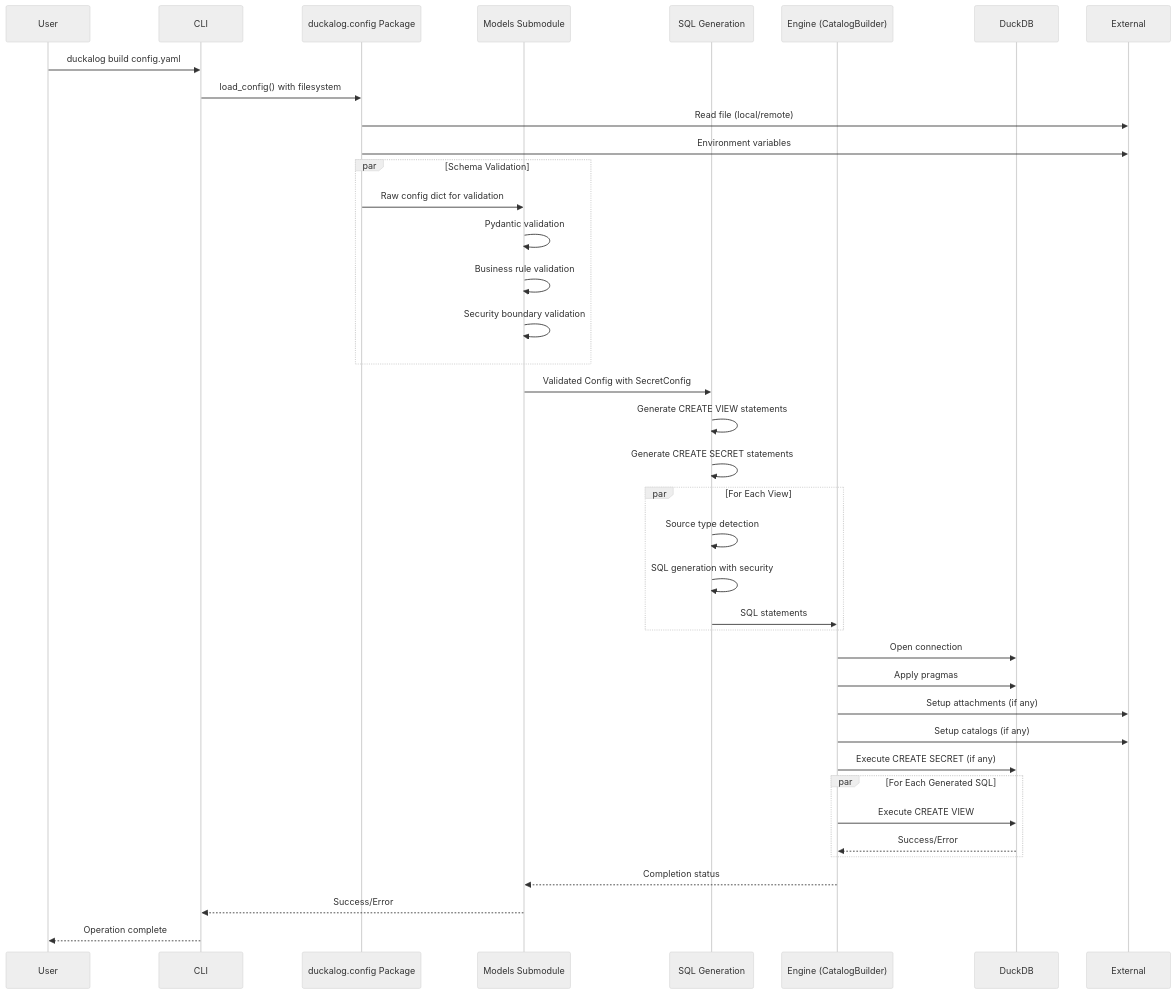
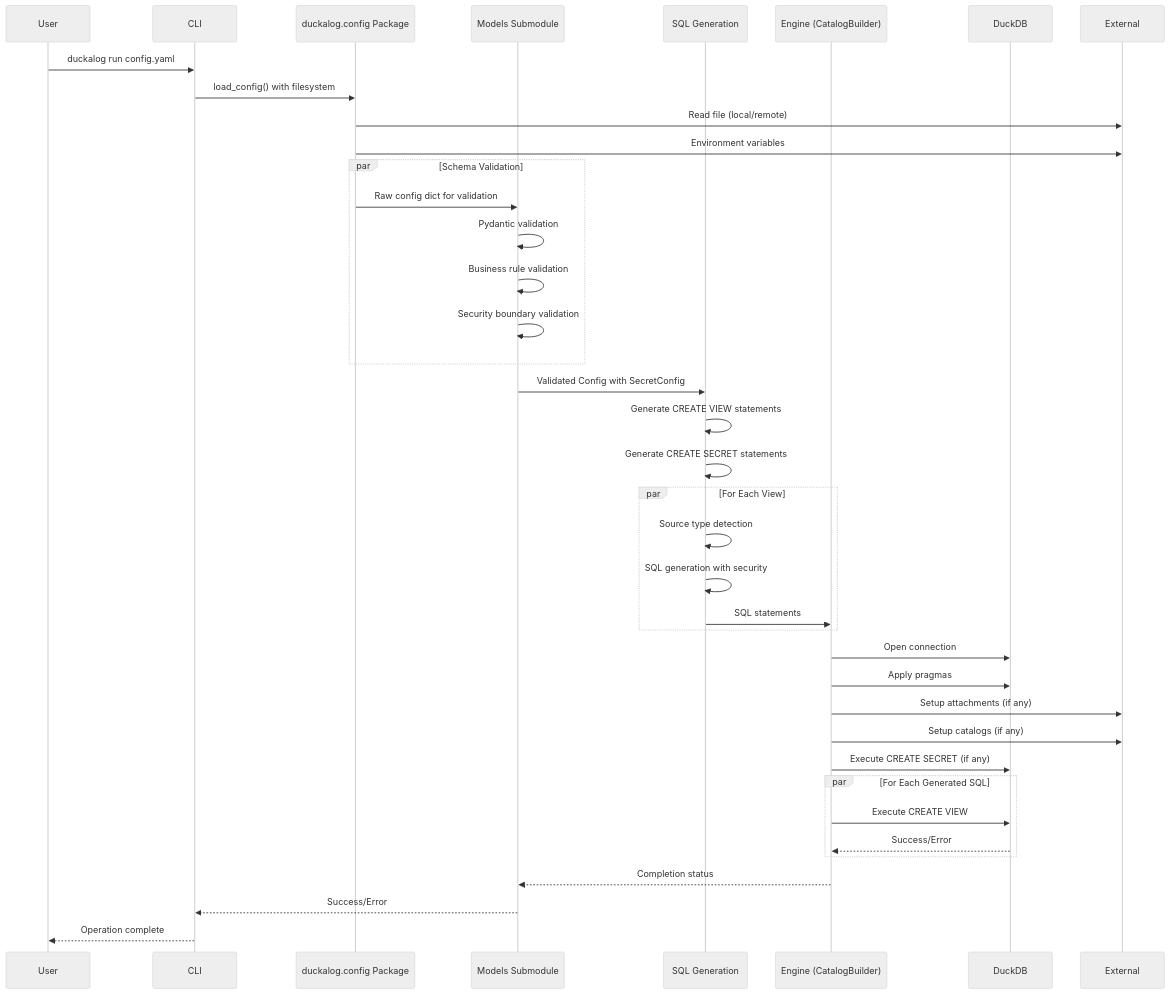
One commit to legout/duckalog changed diagram 11 of 16 in docs/explanation/architecture.md. Above: the diagram before and after it, drawn with Mermaid (neutral theme). The commit also changed other lines of this file and 120 other files, not shown here.

````diff
--- a/docs/explanation/architecture.md
+++ b/docs/explanation/architecture.md
@@ -441,48 +441,48 @@
 ```mermaid
 sequenceDiagram
     participant User
     participant CLI
     participant ConfigPkg as duckalog.config Package
     participant Models as Models Submodule
     participant SQLGen as SQL Generation
     participant Engine as Engine (CatalogBuilder)
     participant DuckDB
     participant External
     
-    User->>CLI: duckalog build config.yaml
+    User->>CLI: duckalog run config.yaml
     CLI->>ConfigPkg: load_config() with filesystem
     ConfigPkg->>External: Read file (local/remote)
     ConfigPkg->>External: Environment variables
     
     par Schema Validation
         ConfigPkg->>Models: Raw config dict for validation
         Models->>Models: Pydantic validation
         Models->>Models: Business rule validation
         Models->>Models: Security boundary validation
     end
     
     Models->>SQLGen: Validated Config with SecretConfig
     SQLGen->>SQLGen: Generate CREATE VIEW statements
     SQLGen->>SQLGen: Generate CREATE SECRET statements
     
     par For Each View
         SQLGen->>SQLGen: Source type detection
         SQLGen->>SQLGen: SQL generation with security
         SQLGen->>Engine: SQL statements
     end
     
     Engine->>DuckDB: Open connection
     Engine->>DuckDB: Apply pragmas
     Engine->>External: Setup attachments (if any)
     Engine->>External: Setup catalogs (if any)
     Engine->>DuckDB: Execute CREATE SECRET (if any)
     
     par For Each Generated SQL
         Engine->>DuckDB: Execute CREATE VIEW
         DuckDB-->>Engine: Success/Error
     end
     
     Engine-->>Models: Completion status
     Models-->>CLI: Success/Error
     CLI-->>User: Operation complete
 ```
````
